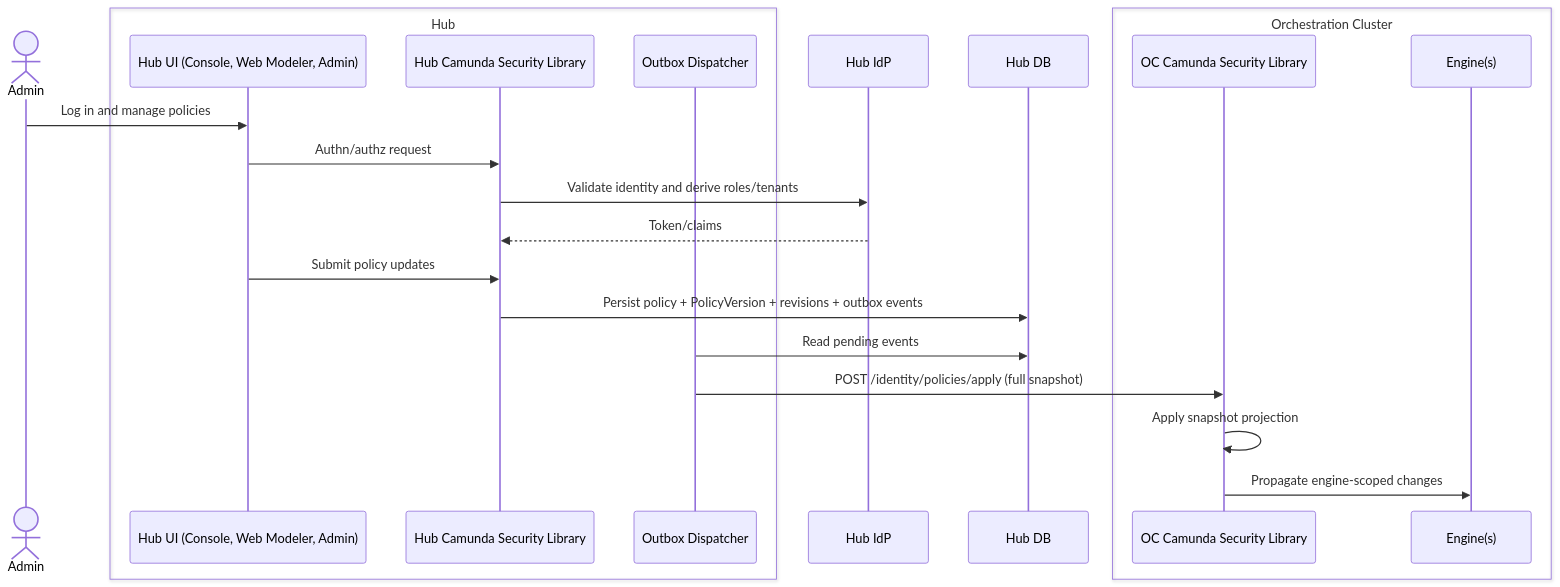
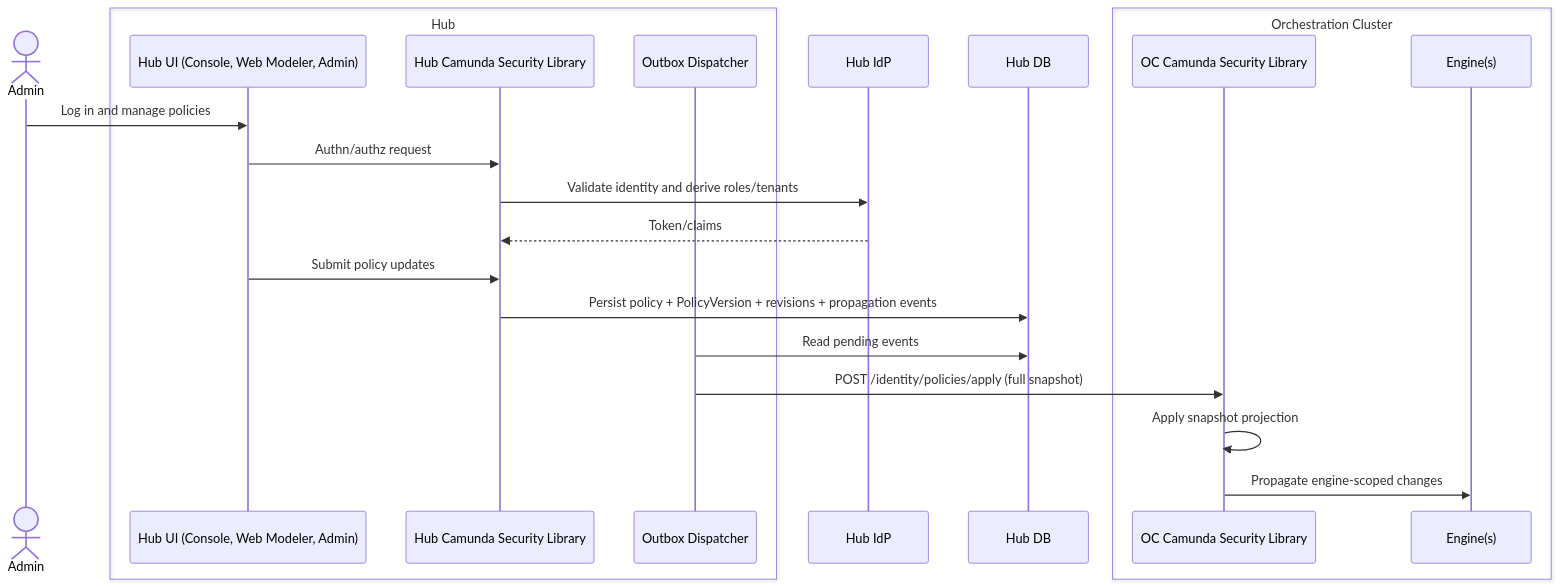
Before and after one commit to camunda/camunda-security-library: diagram 14 of 20 in docs/architecture_docs.md, drawn with Mermaid. The commit also changed other lines of this file and 1 other file, not shown here.

First line of the commit message:
docs: refine architecture docs for policy propagation

````diff
--- a/docs/architecture_docs.md
+++ b/docs/architecture_docs.md
@@ -1639,26 +1341,26 @@
 ```mermaid
 sequenceDiagram
   actor Admin
   box Hub
     participant HubUI as Hub UI (Console, Web Modeler, Admin)
     participant HubCSL as Hub Camunda Security Library
     participant Outbox as Outbox Dispatcher
   end
   participant IdP as Hub IdP
   participant HubDB as Hub DB
   box Orchestration Cluster
     participant OCSLF as OC Camunda Security Library
     participant Engine as Engine(s)
   end
 
   Admin->>HubUI: Log in and manage policies
   HubUI->>HubCSL: Authn/authz request
   HubCSL->>IdP: Validate identity and derive roles/tenants
   IdP-->>HubCSL: Token/claims
   HubUI->>HubCSL: Submit policy updates
-  HubCSL->>HubDB: Persist policy + PolicyVersion + revisions + outbox events
+  HubCSL->>HubDB: Persist policy + PolicyVersion + revisions + propagation events
   Outbox->>HubDB: Read pending events
   Outbox->>OCSLF: POST /identity/policies/apply (full snapshot)
   OCSLF->>OCSLF: Apply snapshot projection
   OCSLF->>Engine: Propagate engine-scoped changes
 ```
````
